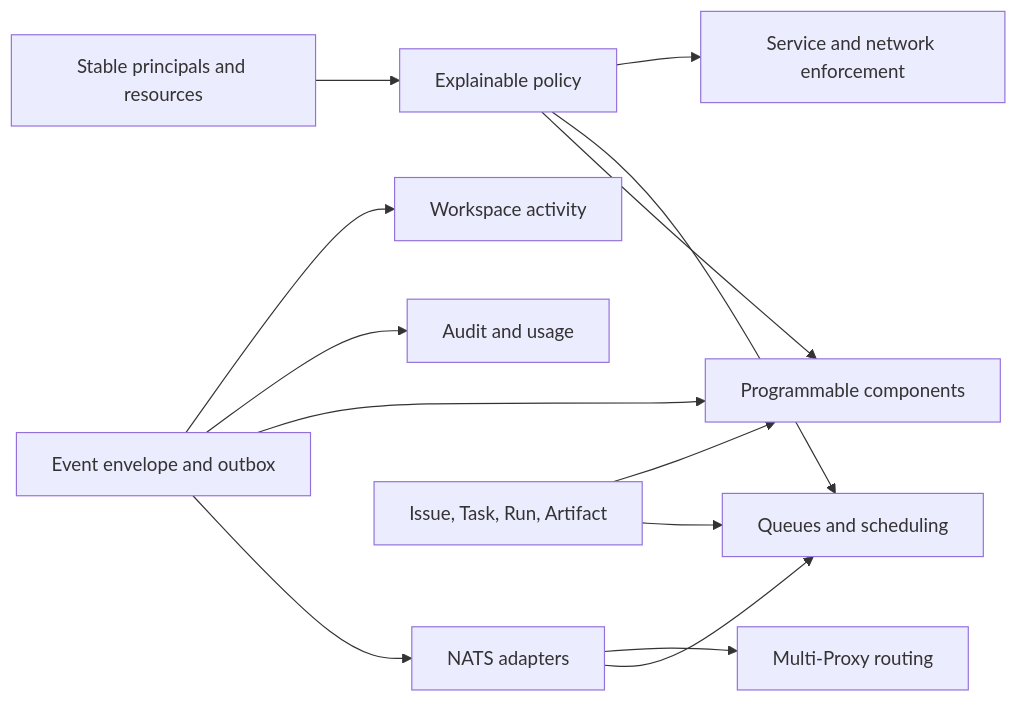
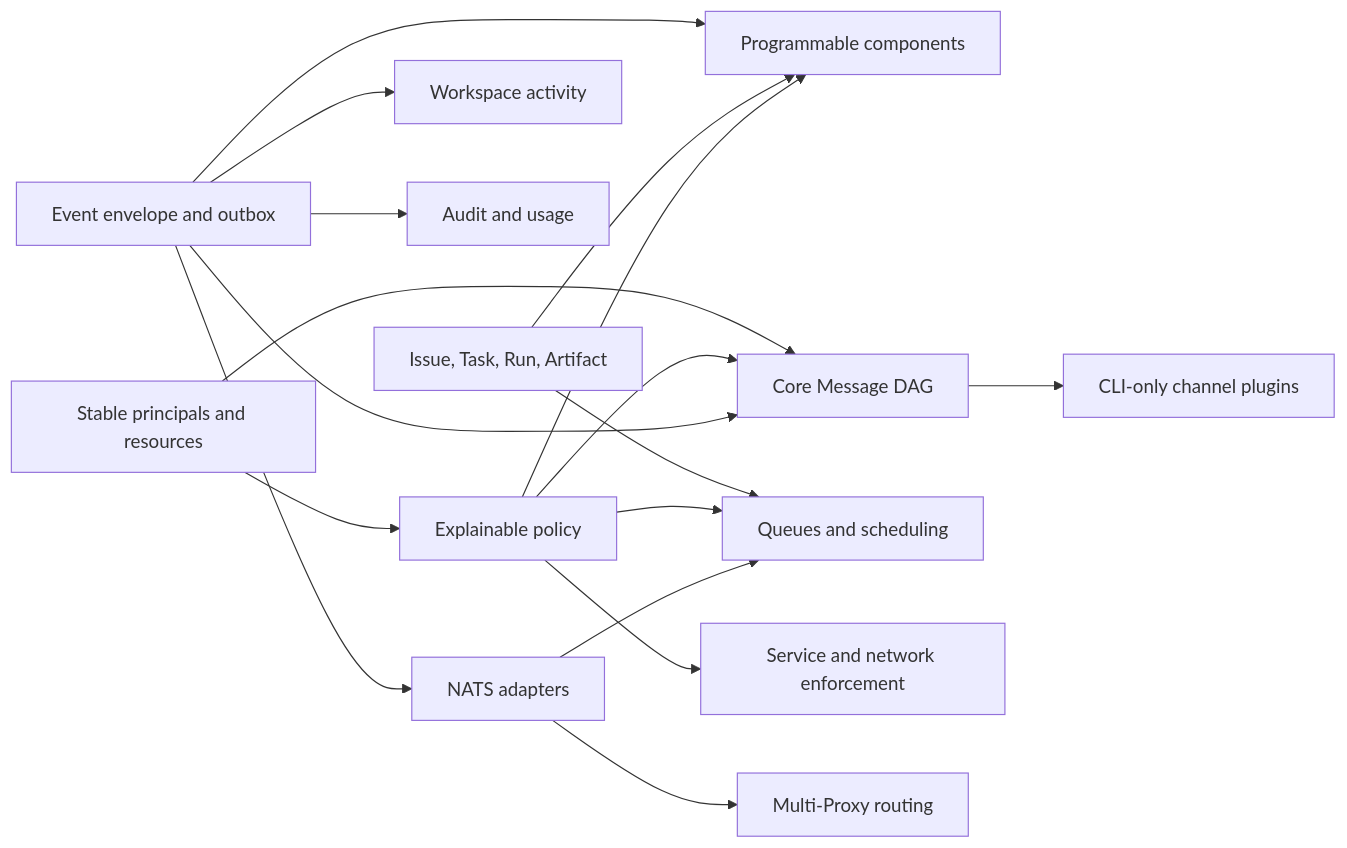
Before and after one commit to EvoEvolver/treer: the diagram in docs/roadmap.md, drawn with Mermaid. The commit also changed other lines of this file and 2 other files, not shown here.

Commit message:
docs: plan core messaging and CLI-only channel plugins

````diff
--- a/docs/roadmap.md
+++ b/docs/roadmap.md
@@ -284,15 +317,19 @@
 ```mermaid
 flowchart LR
     Identity[Stable principals and resources] --> Policy[Explainable policy]
     Event[Event envelope and outbox] --> Activity[Workspace activity]
     Event --> Audit[Audit and usage]
     Event --> Components[Programmable components]
     Event --> Broker[NATS adapters]
+    Message[Core Message DAG] --> Channels[CLI-only channel plugins]
+    Identity --> Message
+    Policy --> Message
+    Event --> Message
     Work[Issue, Task, Run, Artifact] --> Components
     Work --> Scheduler[Queues and scheduling]
     Policy --> Network[Service and network enforcement]
     Policy --> Scheduler
     Policy --> Components
     Broker --> HA[Multi-Proxy routing]
     Broker --> Scheduler
 ```
````
